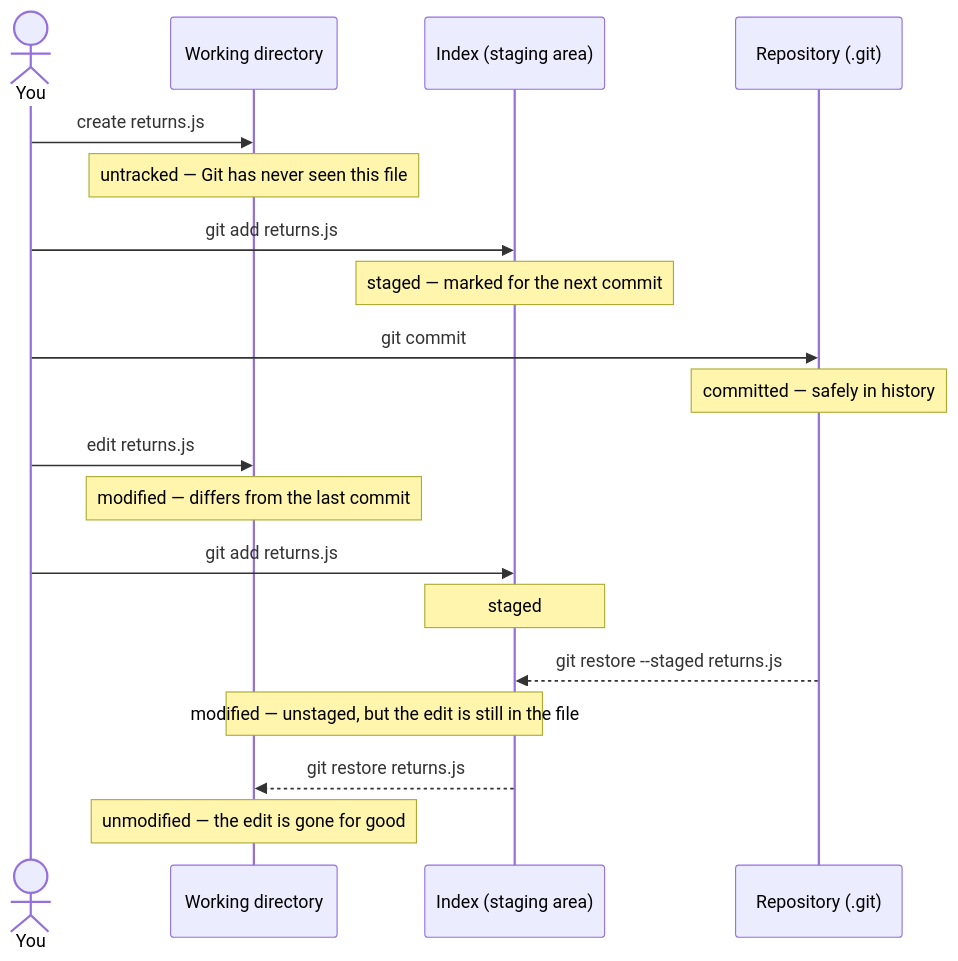
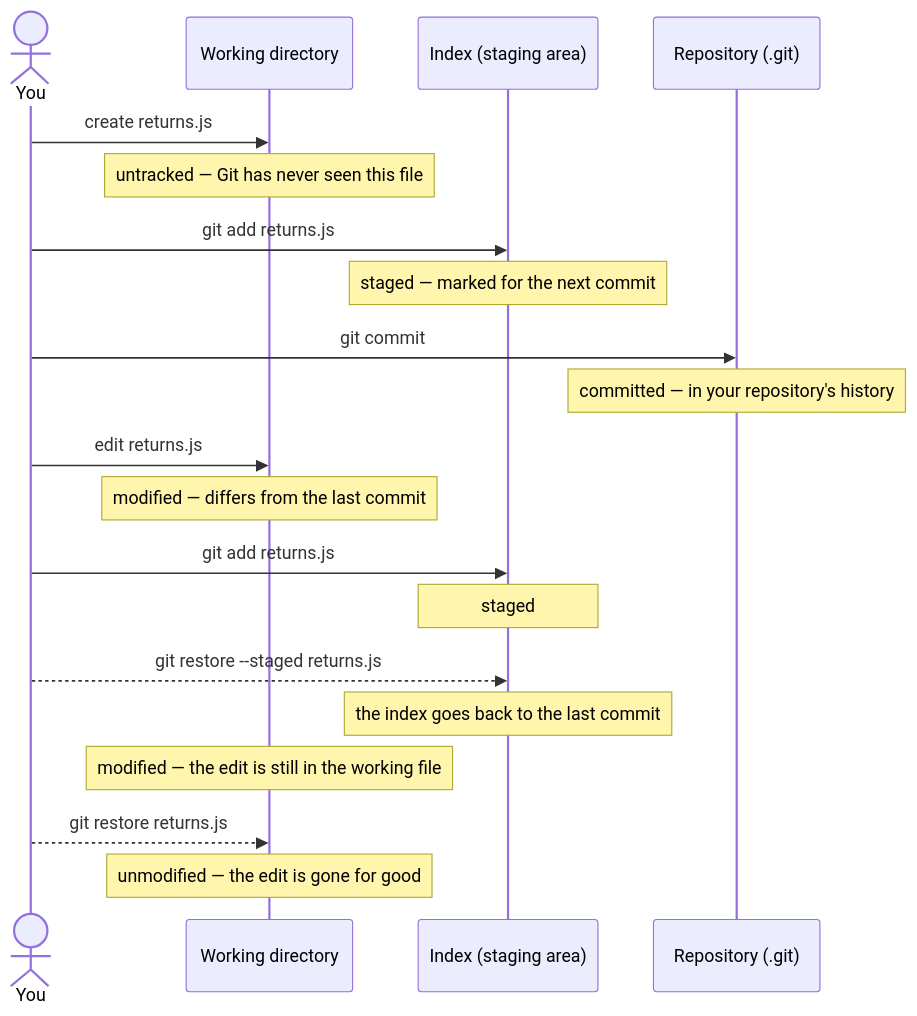
The first of 4 diagrams in docs/fnd/git-fundamentals.md (phuongbv00/fsa-fr-java-jsks), drawn with Mermaid before and after one commit.

Commit message:
Drive the undo commands from You, like every other step
The two undo arrows were drawn along the flow of data -- REPO to IDX for
`git restore --staged`, because that command really does write the index
from HEAD. Every other arrow in the diagram is "You run a command against a
place", so the reader hits one arrow drawn by a different rule and reads it
as a state change: committed back to staged. It is not. The file goes
staged to modified; only the content the index holds comes from the commit.

Both undo arrows now start at You and stay dashed, so they are still marked
as the way back, and the note carries the part the arrow used to overstate.

````diff
--- a/docs/fnd/git-fundamentals.md
+++ b/docs/fnd/git-fundamentals.md
@@ -25,22 +25,23 @@
 ```mermaid
 sequenceDiagram
     actor You
     participant WD as Working directory
     participant IDX as Index (staging area)
     participant REPO as Repository (.git)
 
     You->>WD: create returns.js
     Note over WD: untracked — Git has never seen this file
     You->>IDX: git add returns.js
     Note over IDX: staged — marked for the next commit
     You->>REPO: git commit
-    Note over REPO: committed — safely in history
+    Note over REPO: committed — in your repository's history
     You->>WD: edit returns.js
     Note over WD: modified — differs from the last commit
     You->>IDX: git add returns.js
     Note over IDX: staged
-    REPO-->>IDX: git restore --staged returns.js
-    Note over WD,IDX: modified — unstaged, but the edit is still in the file
-    IDX-->>WD: git restore returns.js
+    You-->>IDX: git restore --staged returns.js
+    Note over IDX: the index goes back to the last commit
+    Note over WD: modified — the edit is still in the working file
+    You-->>WD: git restore returns.js
     Note over WD: unmodified — the edit is gone for good
 ```
````
